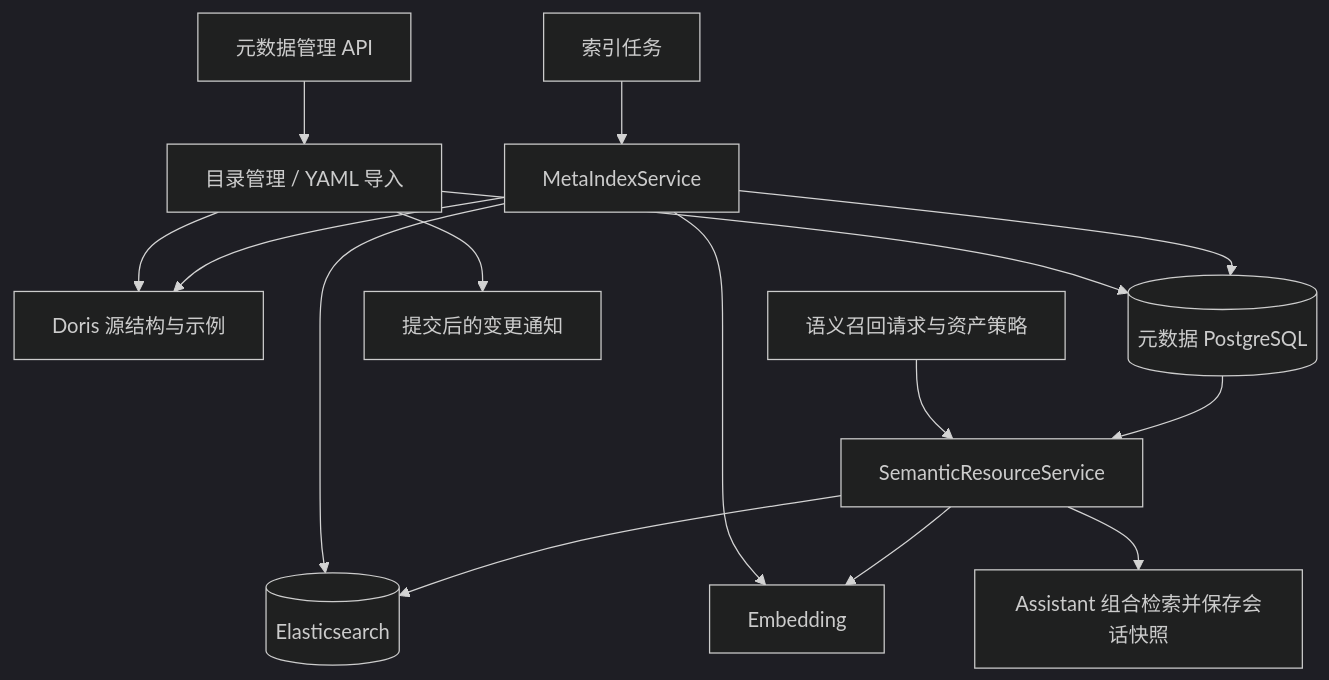
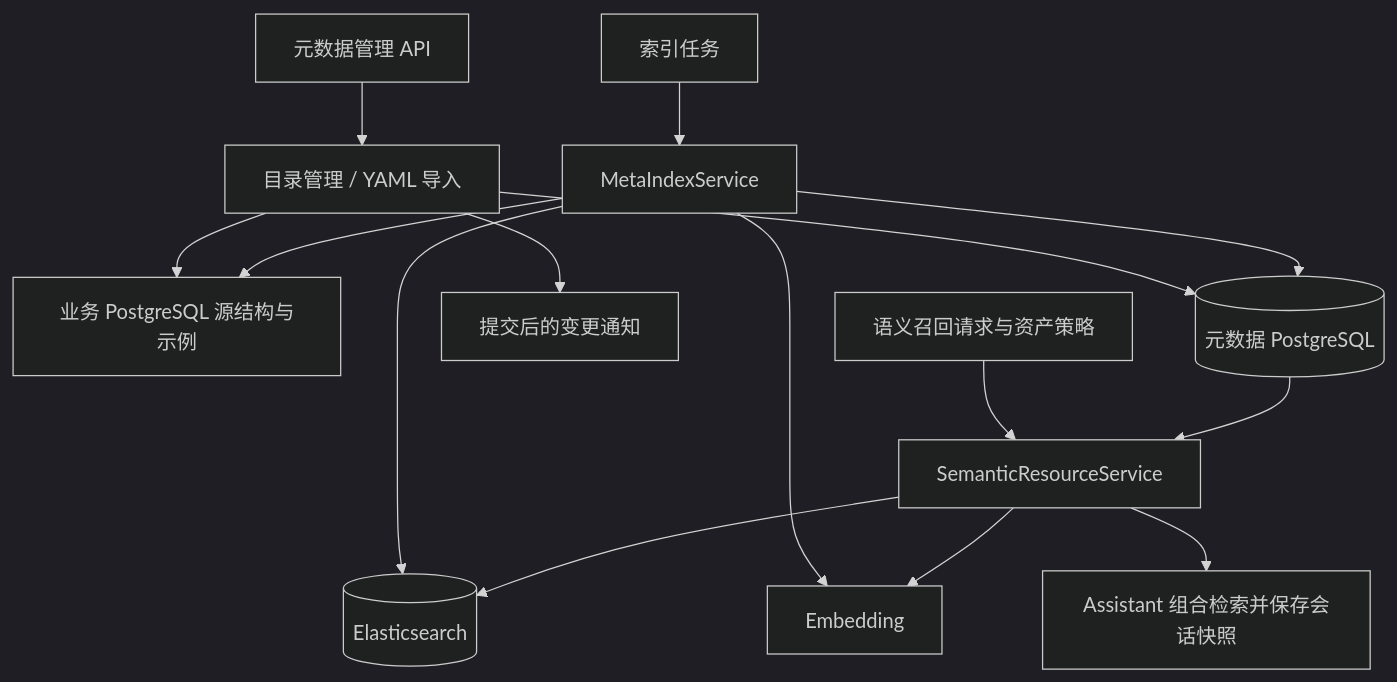
The diagram in docs/03_元数据与语义召回.md (2739673455/dataagent), drawn with Mermaid (dark theme) before and after one commit. The commit also changed other lines of this file and 100 other files, not shown here.

Commit message:
Migrate the independent business data source to PostgreSQL

````diff
--- a/docs/03_元数据与语义召回.md
+++ b/docs/03_元数据与语义召回.md
@@ -397,17 +397,17 @@
 ```mermaid
 flowchart TD
     API[元数据管理 API] --> CATALOG[目录管理 / YAML 导入]
-    CATALOG --> SOURCE[Doris 源结构与示例]
+    CATALOG --> SOURCE[业务 PostgreSQL 源结构与示例]
     CATALOG --> PG[(元数据 PostgreSQL)]
     CATALOG --> CHANGES[提交后的变更通知]
     TASK[索引任务] --> INDEX[MetaIndexService]
     INDEX --> PG
     INDEX --> SOURCE
     INDEX --> EMB[Embedding]
     INDEX --> ES[(Elasticsearch)]
     REQUEST[语义召回请求与资产策略] --> SEARCH[SemanticResourceService]
     PG --> SEARCH
     SEARCH --> ES
     SEARCH --> EMB
     SEARCH --> ASSIST[Assistant 组合检索并保存会话快照]
 ```
````
